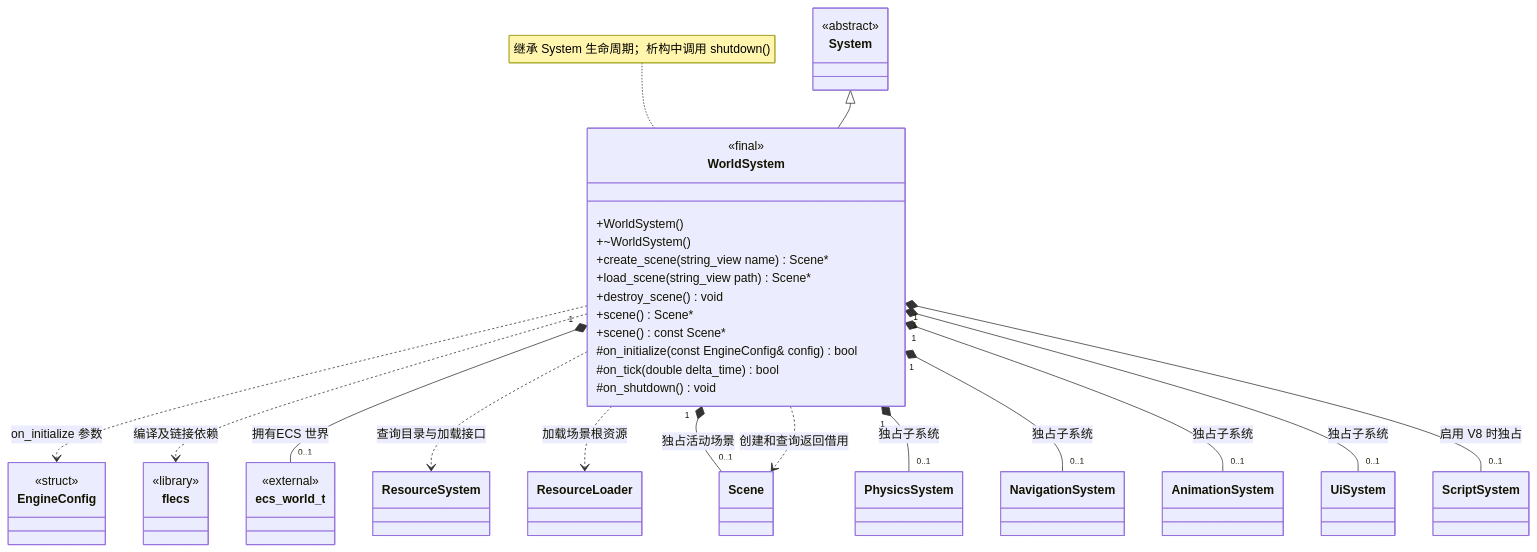
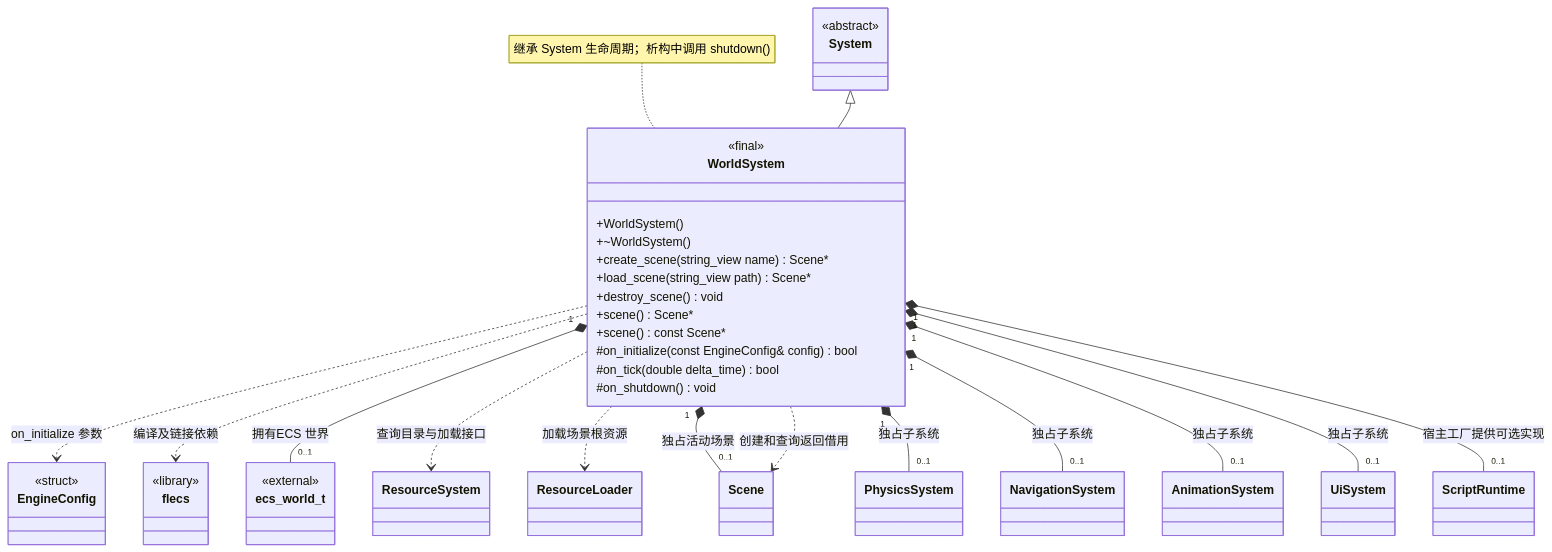
The diagram in docs/runtime/class-diagrams/world-system.md (lcals/Engine), drawn with Mermaid before and after one commit. The commit also changed 188 other files, not shown here.

````diff
--- a/docs/runtime/class-diagrams/world-system.md
+++ b/docs/runtime/class-diagrams/world-system.md
@@ -7,51 +7,51 @@
 ```mermaid
 classDiagram
     direction TB
     class WorldSystem {
         <<final>>
         +WorldSystem()
         +~WorldSystem()
         +create_scene(string_view name) Scene#42;
         +load_scene(string_view path) Scene#42;
         +destroy_scene() void
         +scene() Scene#42;
         +scene() const Scene#42;
         #on_initialize(const EngineConfig& config) bool
         #on_tick(double delta_time) bool
         #on_shutdown() void
     }
     class System {
         <<abstract>>
     }
     class EngineConfig {
         <<struct>>
     }
     class flecs["flecs"] {
         <<library>>
     }
     class ecs_world_t {
         <<external>>
     }
     System <|-- WorldSystem
     WorldSystem ..> EngineConfig : on_initialize 参数
     WorldSystem ..> flecs : 编译及链接依赖
     WorldSystem "1" *-- "0..1" ecs_world_t : 拥有ECS 世界
     class ResourceSystem
     class ResourceLoader
     class Scene
     WorldSystem ..> ResourceSystem : 查询目录与加载接口
     WorldSystem ..> ResourceLoader : 加载场景根资源
     WorldSystem "1" *-- "0..1" Scene : 独占活动场景
     WorldSystem ..> Scene : 创建和查询返回借用
     class PhysicsSystem
     WorldSystem "1" *-- "0..1" PhysicsSystem : 独占子系统
     class NavigationSystem
     WorldSystem "1" *-- "0..1" NavigationSystem : 独占子系统
     class AnimationSystem
     WorldSystem "1" *-- "0..1" AnimationSystem : 独占子系统
     class UiSystem
     WorldSystem "1" *-- "0..1" UiSystem : 独占子系统
-    class ScriptSystem
-    WorldSystem "1" *-- "0..1" ScriptSystem : 启用 V8 时独占
+    class ScriptRuntime
+    WorldSystem "1" *-- "0..1" ScriptRuntime : 宿主工厂提供可选实现
     note for WorldSystem "继承 System 生命周期；析构中调用 shutdown()"
 ```
````
